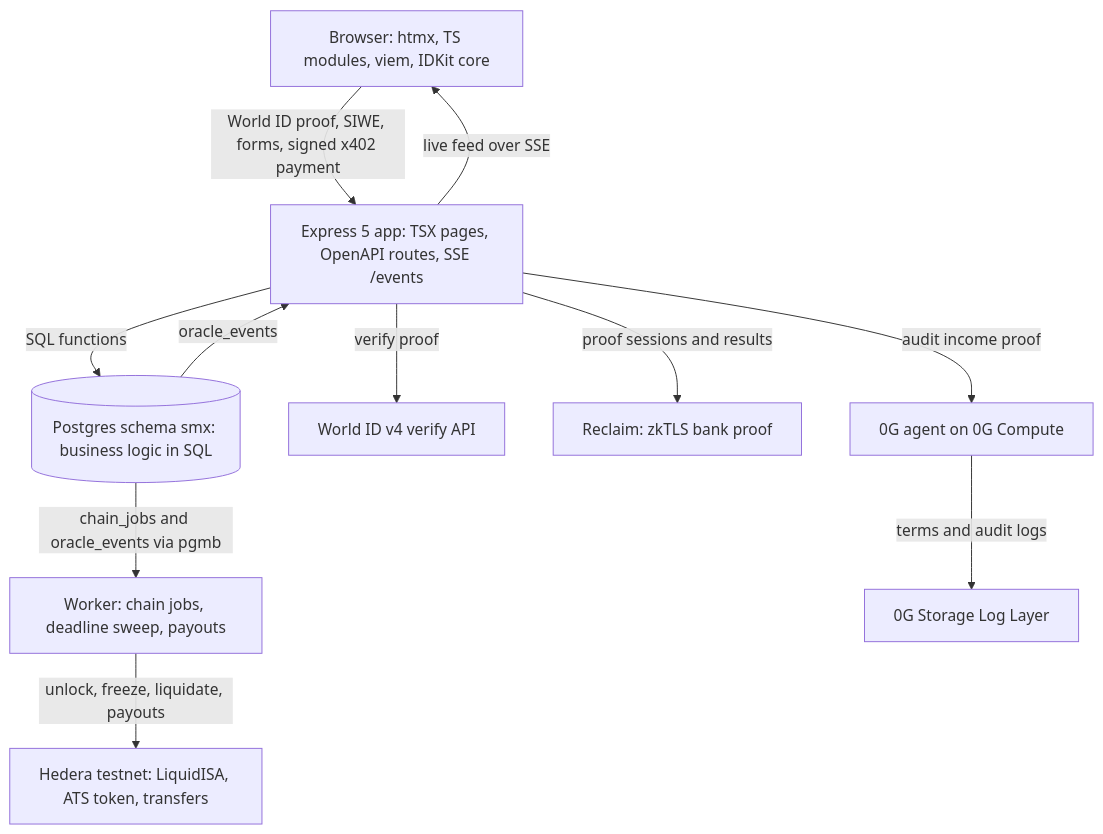
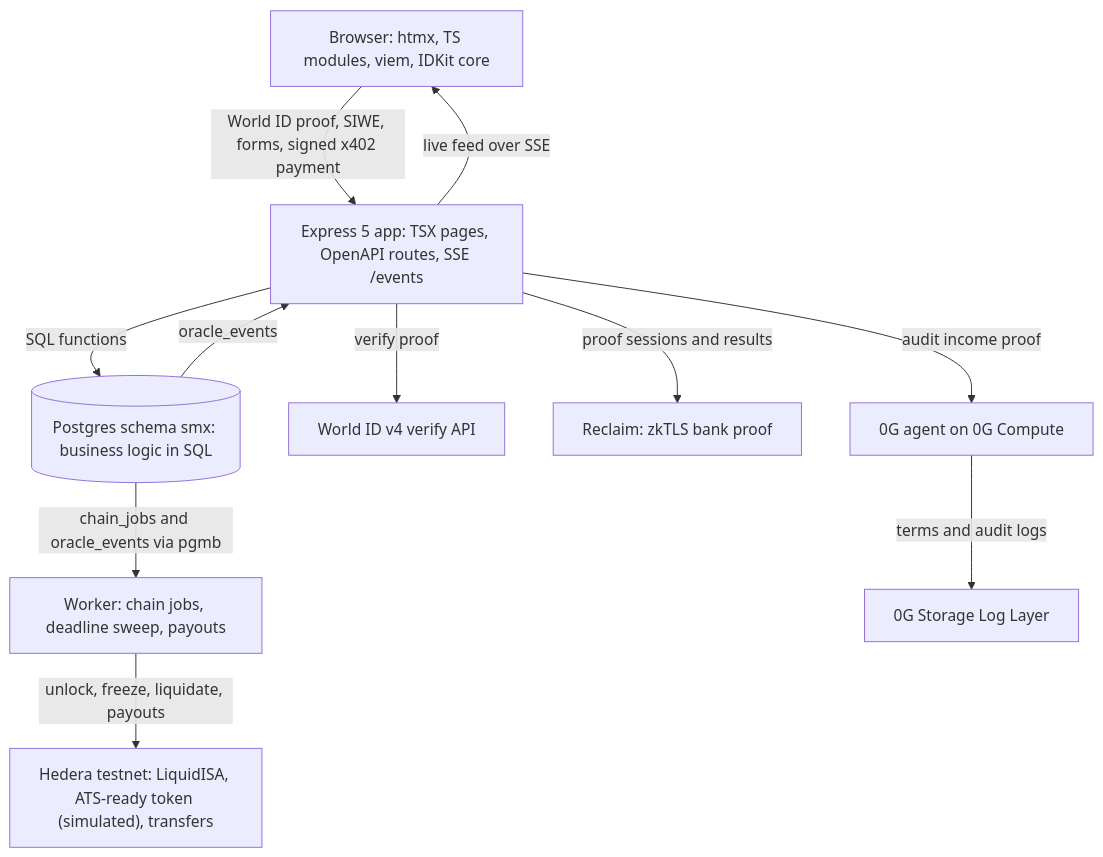
Before and after one commit to predatorx7/stakeme-ex: the second of 2 diagrams in README.md, drawn with Mermaid. The commit also changed other lines of this file and 6 other files, not shown here.

Commit message:
Label the ATS equity token as ATS-ready and simulated

````diff
--- a/README.md
+++ b/README.md
@@ -86,23 +87,23 @@
 ```mermaid
 flowchart TD
 	browser["Browser: htmx, TS modules, viem, IDKit core"]
 	app["Express 5 app: TSX pages, OpenAPI routes, SSE /events"]
 	db[("Postgres schema smx: business logic in SQL")]
 	worker["Worker: chain jobs, deadline sweep, payouts"]
 	worldid["World ID v4 verify API"]
 	reclaim["Reclaim: zkTLS bank proof"]
 	agent["0G agent on 0G Compute"]
 	storage["0G Storage Log Layer"]
-	hedera["Hedera testnet: LiquidISA, ATS token, transfers"]
+	hedera["Hedera testnet: LiquidISA, ATS-ready token (simulated), transfers"]
 
 	browser -->|"World ID proof, SIWE, forms, signed x402 payment"| app
 	app -->|"verify proof"| worldid
 	app -->|"proof sessions and results"| reclaim
 	app -->|"audit income proof"| agent
 	agent -->|"terms and audit logs"| storage
 	app -->|"SQL functions"| db
 	db -->|"chain_jobs and oracle_events via pgmb"| worker
 	worker -->|"unlock, freeze, liquidate, payouts"| hedera
 	db -->|"oracle_events"| app
 	app -->|"live feed over SSE"| browser
 ```
````
